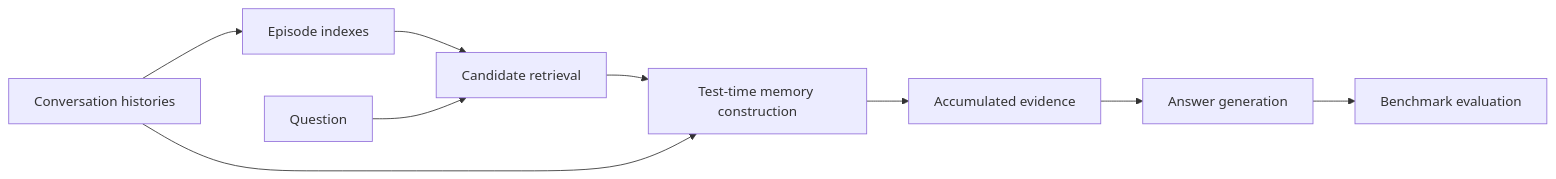
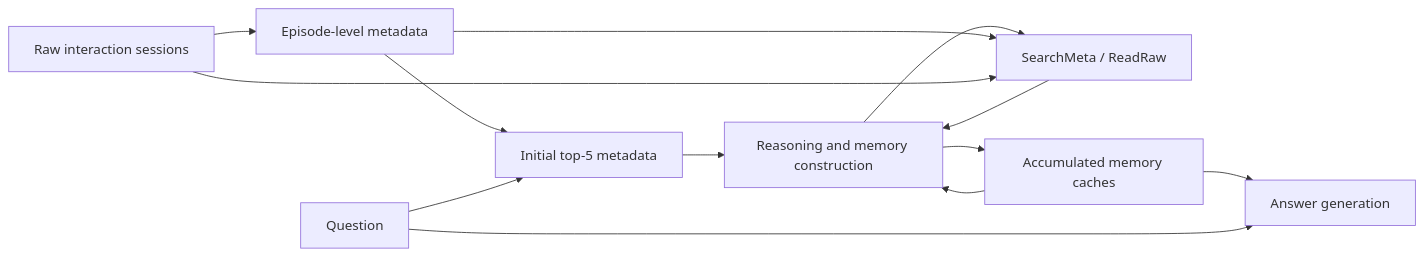
Before and after one commit to OpenBMB/T2Mem: the diagram in README.md, drawn with Mermaid. The commit also changed other lines of this file and 3 other files, not shown here.

````diff
--- a/README.md
+++ b/README.md
@@ -23,11 +23,15 @@
 ```mermaid
 flowchart LR
-    H[Conversation histories] --> I[Episode indexes]
-    I --> R[Candidate retrieval]
-    Q[Question] --> R
-    R --> M[Test-time memory construction]
-    H --> M
-    M --> E[Accumulated evidence]
-    E --> A[Answer generation]
-    A --> J[Benchmark evaluation]
+    H[Raw interaction sessions] --> I[Episode-level metadata]
+    I --> O[Initial top-5 metadata]
+    Q[Question] --> O
+    O --> C[Reasoning and memory construction]
+    C --> T[SearchMeta / ReadRaw]
+    I --> T
+    H --> T
+    T --> C
+    C --> M[Accumulated memory caches]
+    M --> C
+    M --> A[Answer generation]
+    Q --> A
 ```
````
